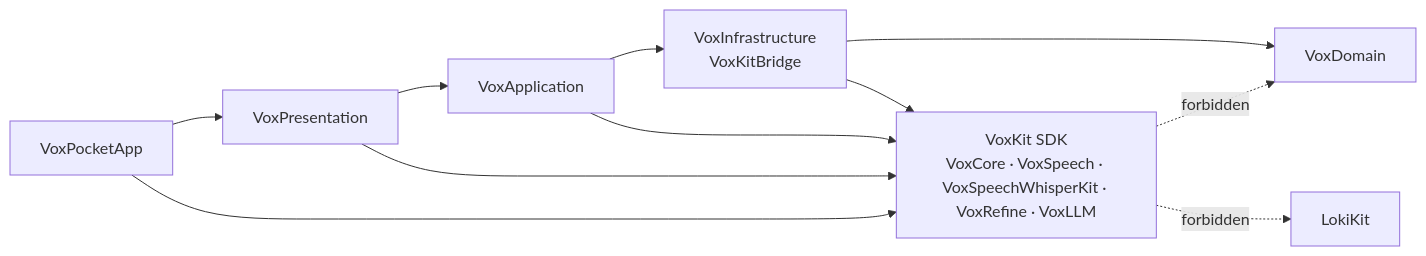
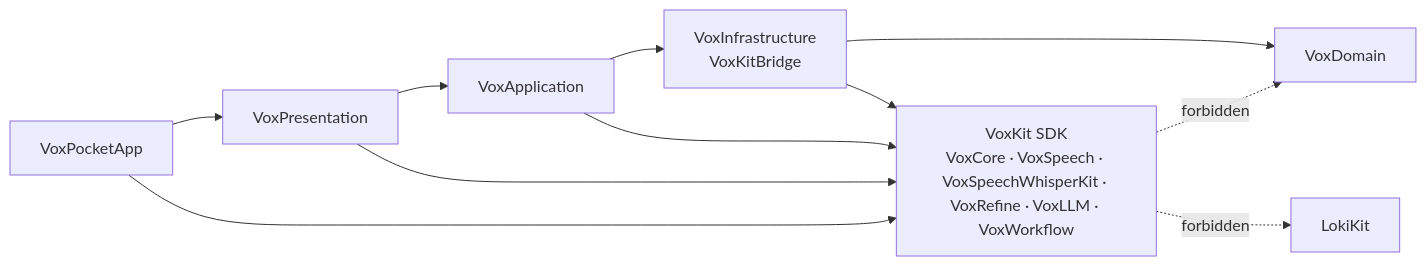
The first of 7 diagrams in docs/architecture/dependency-graph.md (LeePepe/VoxPocket), drawn with Mermaid before and after one commit. The commit also changed other lines of this file and 26 other files, not shown here.

````diff
--- a/docs/architecture/dependency-graph.md
+++ b/docs/architecture/dependency-graph.md
@@ -5,20 +5,20 @@
 ```mermaid
 graph LR
-    VoxKit[VoxKit SDK\nVoxCore · VoxSpeech · VoxSpeechWhisperKit · VoxRefine · VoxLLM]
+    VoxKit[VoxKit SDK\nVoxCore · VoxSpeech · VoxSpeechWhisperKit · VoxRefine · VoxLLM · VoxWorkflow]
     Bridge[VoxInfrastructure\nVoxKitBridge]
     App[VoxApplication]
     Presentation[VoxPresentation]
     Shell[VoxPocketApp]
     Domain[VoxDomain]
     Loki[LokiKit]
     Bridge --> VoxKit
     App --> VoxKit
     Presentation --> VoxKit
     Shell --> VoxKit
     Bridge --> Domain
     App --> Bridge
     Presentation --> App
     Shell --> Presentation
     VoxKit -. forbidden .-> Domain
     VoxKit -. forbidden .-> Loki
 ```
````
